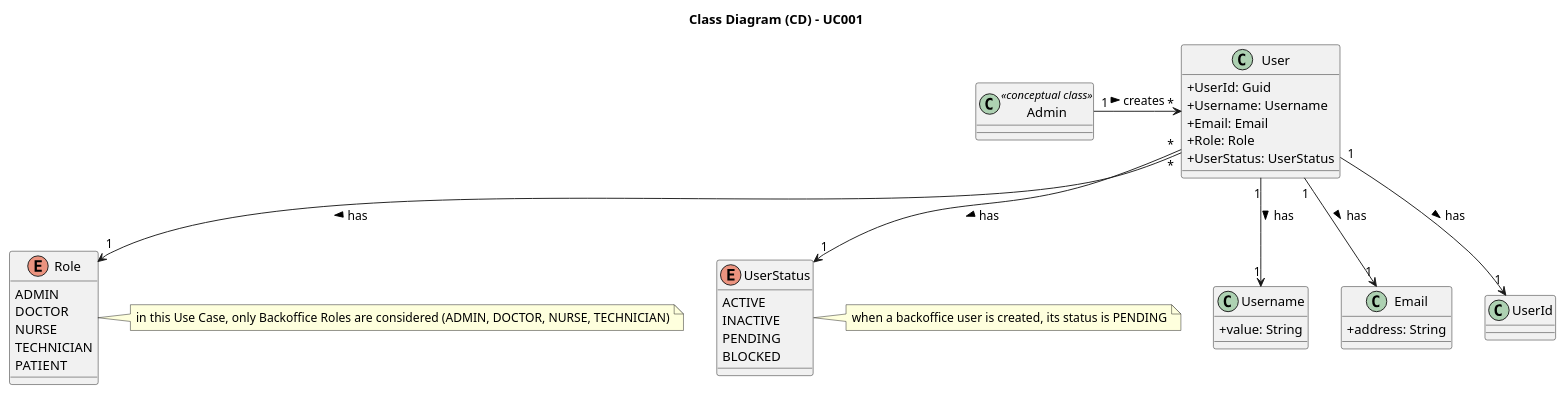
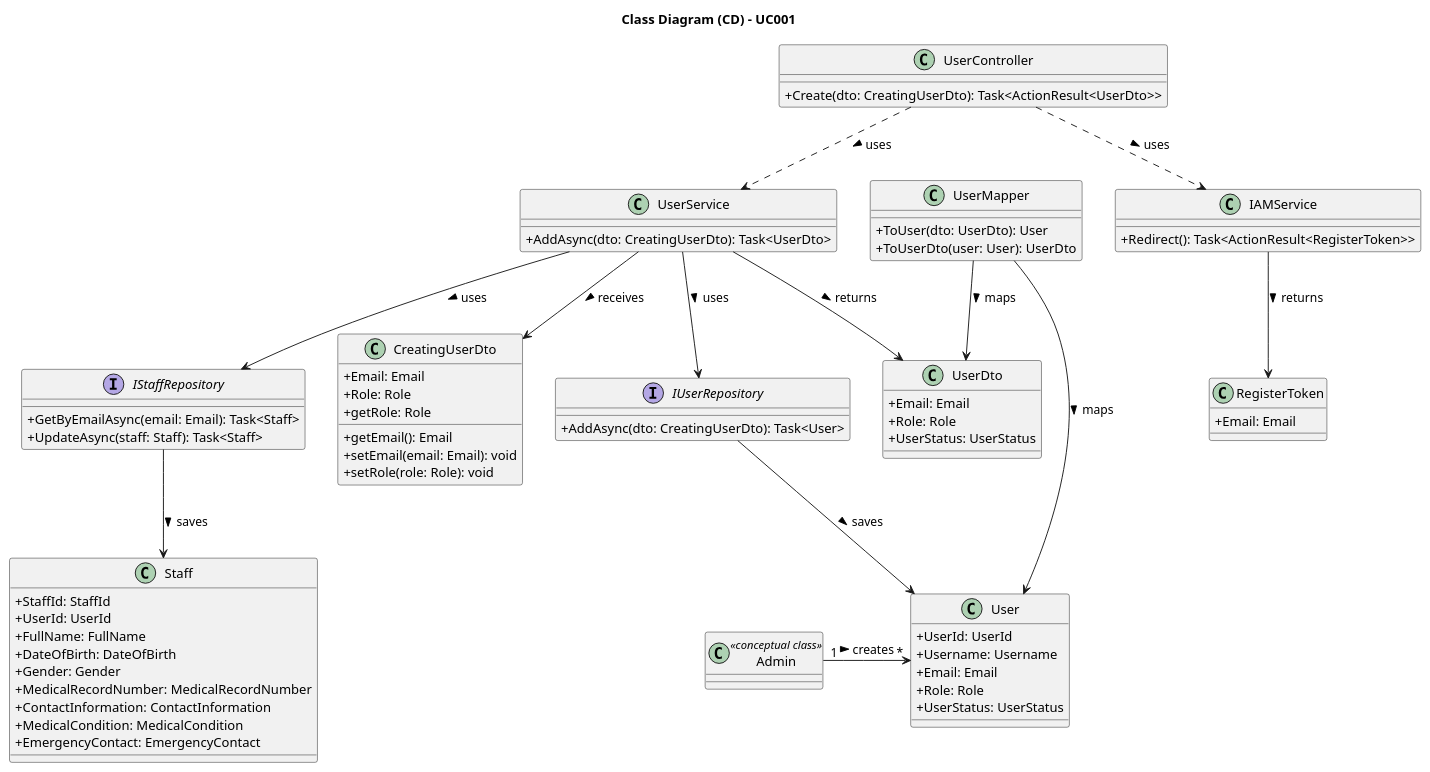
The diagram in docs/SprintA/UseCases/UC001/03.design/puml/uc001-class-diagram.puml (1221124/sem5pi-24-25-g031), drawn with PlantUML before and after one commit. The commit also changed 3 other files, not shown here.

```diff
--- a/docs/SprintA/UseCases/UC001/03.design/puml/uc001-class-diagram.puml
+++ b/docs/SprintA/UseCases/UC001/03.design/puml/uc001-class-diagram.puml
@@ -1,53 +1,128 @@
 @startuml uc001-class-diagram
 
 skinparam packageStyle rectangle
 skinparam shadowing false
 
 skinparam classAttributeIconSize 0
 
 title Class Diagram (CD) - UC001
 
+class UserController {
+    +Create(dto: CreatingUserDto): Task<ActionResult<UserDto>>
+}
+
+class UserService {
+    +AddAsync(dto: CreatingUserDto): Task<UserDto>
+}
+
+class IAMService {
+    +Redirect(): Task<ActionResult<RegisterToken>>
+}
+
+class RegisterToken {
+    +Email: Email
+    ' +Role: Role
+}
+
+interface IStaffRepository {
+    +GetByEmailAsync(email: Email): Task<Staff>
+    +UpdateAsync(staff: Staff): Task<Staff>
+}
+
+interface IUserRepository {
+    +AddAsync(dto: CreatingUserDto): Task<User>
+}
+
+class CreatingUserDto {
+    +Email: Email
+    +Role: Role
+    +getEmail(): Email
+    +getRole: Role
+    +setEmail(email: Email): void
+    +setRole(role: Role): void
+}
+
 class User {
-    +UserId: Guid
+    +UserId: UserId
     +Username: Username
     +Email: Email
     +Role: Role
     +UserStatus: UserStatus
 }
 
-class Username {
-    +value: String
+class UserDto {
+    +Email: Email
+    +Role: Role
+    +UserStatus: UserStatus
 }
 
-class Email {
-    +address: String
+class UserMapper {
+    +ToUser(dto: UserDto): User
+    +ToUserDto(user: User): UserDto
 }
 
-enum Role {
-    ADMIN
-    DOCTOR
-    NURSE
-    TECHNICIAN
-    PATIENT
+class Staff {
+    +StaffId: StaffId
+    +UserId: UserId
+    +FullName: FullName
+    +DateOfBirth: DateOfBirth
+    +Gender: Gender
+    +MedicalRecordNumber: MedicalRecordNumber
+    +ContactInformation: ContactInformation
+    +MedicalCondition: MedicalCondition
+    +EmergencyContact: EmergencyContact
+'    +AppointmentHistory: AppointmentHistory
 }
-note right of Role: in this Use Case, only Backoffice Roles are considered (ADMIN, DOCTOR, NURSE, TECHNICIAN)
-
-enum UserStatus {
-    ACTIVE
-    INACTIVE
-    PENDING
-    BLOCKED
-}
-note right of UserStatus: when a backoffice user is created, its status is PENDING
 
 class Admin <<conceptual class>>
 
-Admin "1" -> "*" User: creates >
+UserController ..> UserService : > uses
+UserController ..> IAMService : > uses
 
-User "1" --> "1" UserId: has >
-User "1" --> "1" Username: has >
-User "1" --> "1" Email: has >
-User "*" --> "1" Role: has >
-User "*" --> "1" UserStatus: has >
+' UserController --> CreatingUserDto : > receives
+' UserController --> UserDto : > returns
+
+UserService --> IUserRepository : > uses
+UserService --> IStaffRepository : > uses
+
+UserService --> CreatingUserDto : > receives
+UserService --> UserDto : > returns
+
+IAMService --> RegisterToken : > returns
+
+UserMapper --> User : > maps
+UserMapper --> UserDto : > maps
+
+IUserRepository --> User: > saves
+IStaffRepository --> Staff: > saves
+
+' CreatingUserDto --> Email: has >
+
+Admin "1" -> "*" User: > creates
+
+' Staff "1" --> "1" StaffId: has >
+' Staff "1" --> "1" FullName: has >
+' Staff "1" --> "1" DateOfBirth: has >
+' Staff "*" --> "1" Gender: has >
+' Staff "1" --> "1" MedicalRecordNumber: has >
+' Staff "1" --> "1" ContactInformation: has >
+' Staff "0..*" --> "0..*" MedicalCondition: can have >
+' Staff "*" --> "1" EmergencyContact: has >
+' 'Staff "1" --> "1" AppointmentHistory: has >
+
+' ContactInformation "1" --> "1" PhoneNumber: has >
+' ContactInformation "1" --> "1" Email: has >
+
+' EmergencyContact "1" --> "1" PhoneNumber: has >
+
+' FullName "1" --> "2" Name: has >
+
+' PhoneNumber "1" --> "1" CountryCode: has >
+
+' User "1" --> "1" UserId: has >
+' User "1" --> "1" Username: has >
+' User "1" --> "1" Email: has >
+' User "*" --> "1" Role: has >
+' User "*" --> "1" UserStatus: has >
 
 @enduml
```
